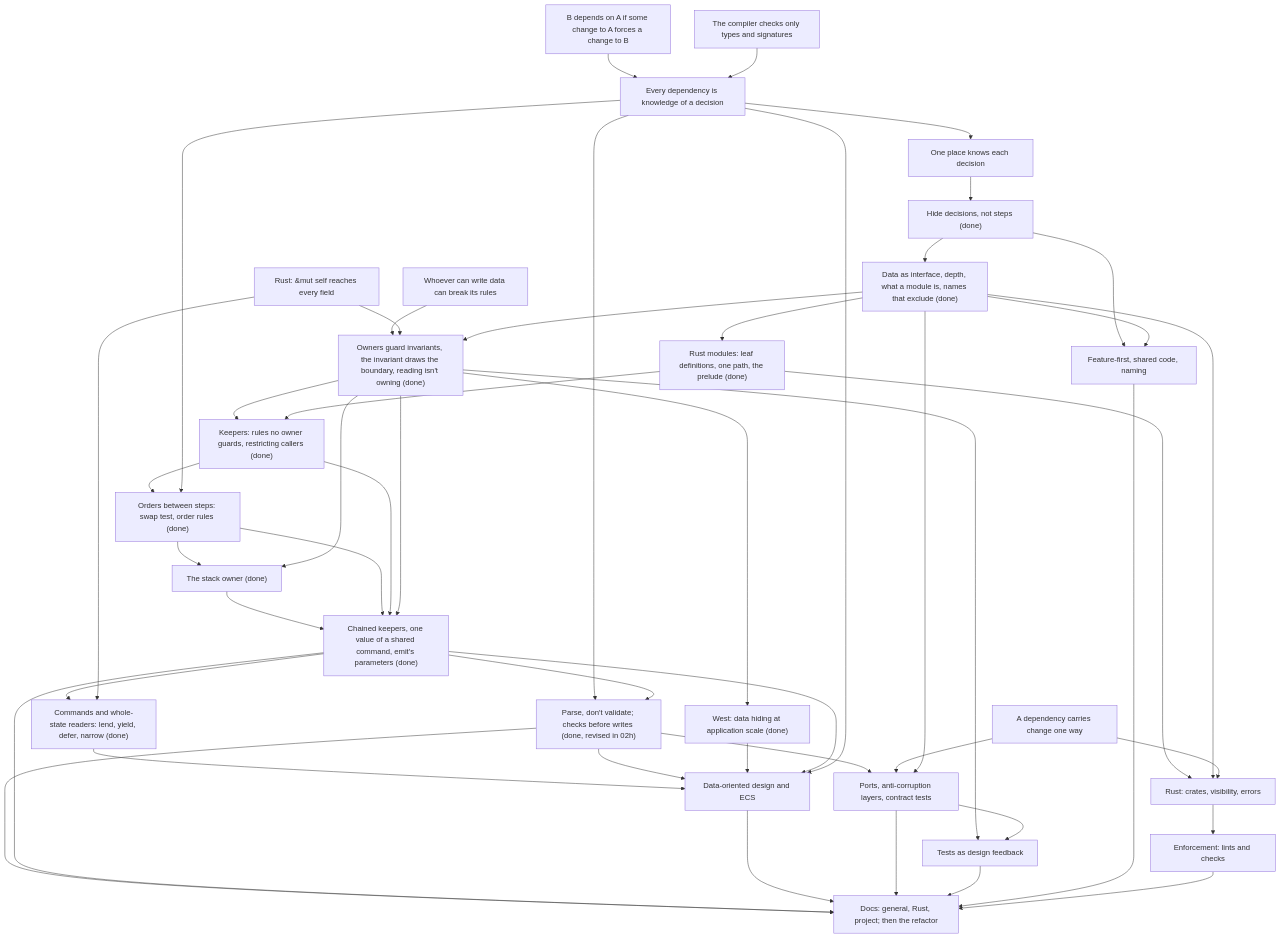
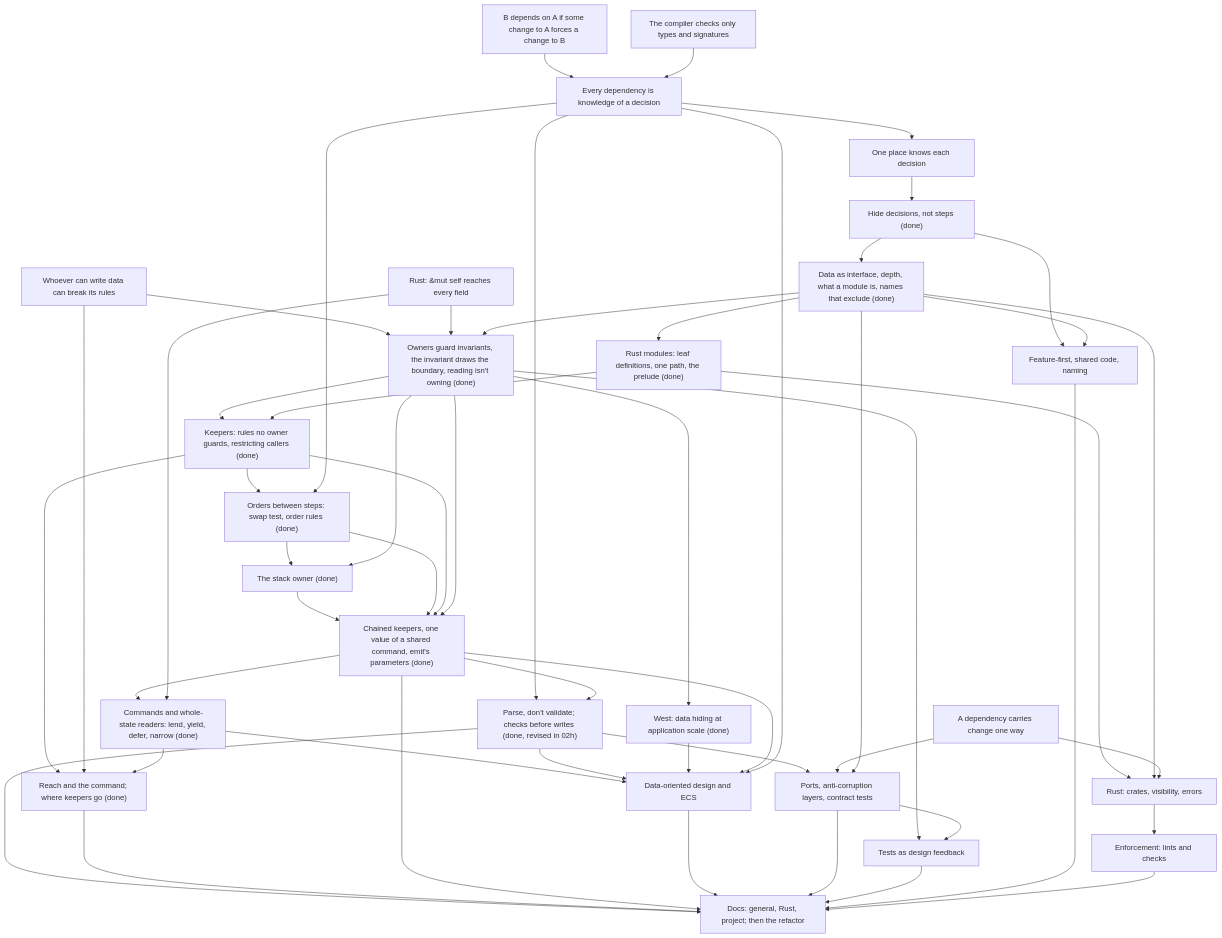
One commit to EMachad0/CardGameEngine changed the diagram in docs/course/architecture/COURSE.md. Above: the diagram before and after it, drawn with Mermaid. The commit also changed other lines of this file and 5 other files, not shown here.

Commit message:
Close session 02i: reach and the command, where keepers go, group 3 rulings (PR #78); session log; research; prepare 02j log (#82)

````diff
--- a/docs/course/architecture/COURSE.md
+++ b/docs/course/architecture/COURSE.md
@@ -744,77 +779,82 @@
 ```mermaid
 graph TD
   U1["B depends on A if some change to A forces a change to B"]
   U2["The compiler checks only types and signatures"]
   R1["Every dependency is knowledge of a decision"]
   OP["One place knows each decision"]
   R2["Whoever can write data can break its rules"]
   R3["A dependency carries change one way"]
   R4["Rust: &mut self reaches every field"]
 
   H["Hide decisions, not steps (done)"]
   D["Data as interface, depth, what a module is, names that exclude (done)"]
   O["Owners guard invariants, the invariant draws the boundary, reading isn't owning (done)"]
   W["West: data hiding at application scale (done)"]
   K["Keepers: rules no owner guards, restricting callers (done)"]
   ORD["Orders between steps: swap test, order rules (done)"]
   STK["The stack owner (done)"]
   C["Chained keepers, one value of a shared command, emit's parameters (done)"]
   PDV["Parse, don't validate; checks before writes (done, revised in 02h)"]
   CMD["Commands and whole-state readers: lend, yield, defer, narrow (done)"]
+  RCH["Reach and the command; where keepers go (done)"]
   DOD["Data-oriented design and ECS"]
   P["Ports, anti-corruption layers, contract tests"]
   T["Tests as design feedback"]
   F["Feature-first, shared code, naming"]
   RM["Rust modules: leaf definitions, one path, the prelude (done)"]
   RS["Rust: crates, visibility, errors"]
   E["Enforcement: lints and checks"]
   DOCS["Docs: general, Rust, project; then the refactor"]
 
   U1-->R1
   U2-->R1
   R1-->OP
   OP-->H
   H-->D
   R2-->O
   R4-->O
   D-->O
   O-->W
   O-->K
   RM-->K
   K-->ORD
   R1-->ORD
   ORD-->STK
   O-->STK
   STK-->C
   ORD-->C
   K-->C
   O-->C
   R1-->PDV
   C-->PDV
   C-->CMD
   R4-->CMD
   CMD-->DOD
   PDV-->DOD
   PDV-->P
   PDV-->DOCS
+  K-->RCH
+  R2-->RCH
+  CMD-->RCH
+  RCH-->DOCS
   W-->DOD
   C-->DOD
   R1-->DOD
   R3-->P
   D-->P
   O-->T
   P-->T
   H-->F
   D-->F
   D-->RM
   RM-->RS
   D-->RS
   R3-->RS
   RS-->E
   C-->DOCS
   DOD-->DOCS
   P-->DOCS
   T-->DOCS
   F-->DOCS
   E-->DOCS
 ```
````
